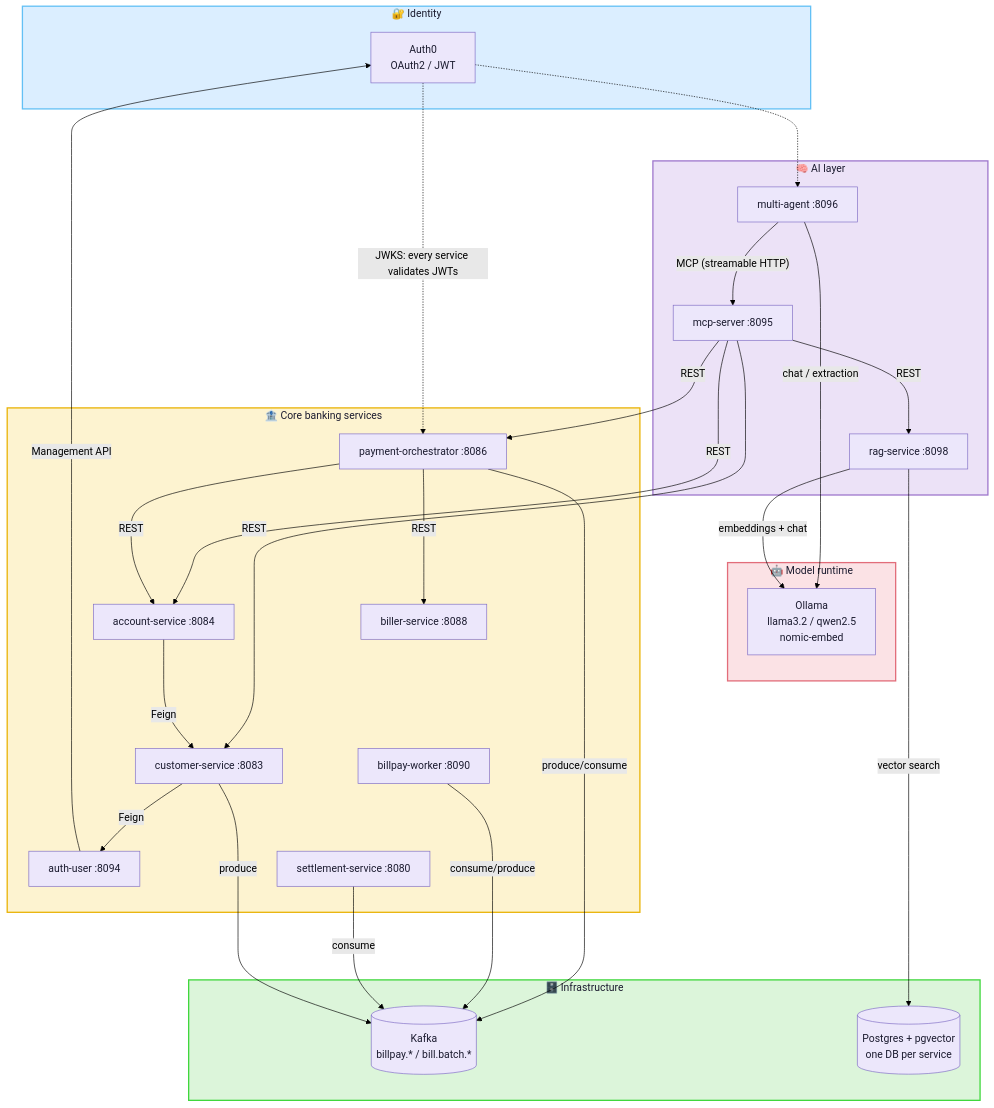
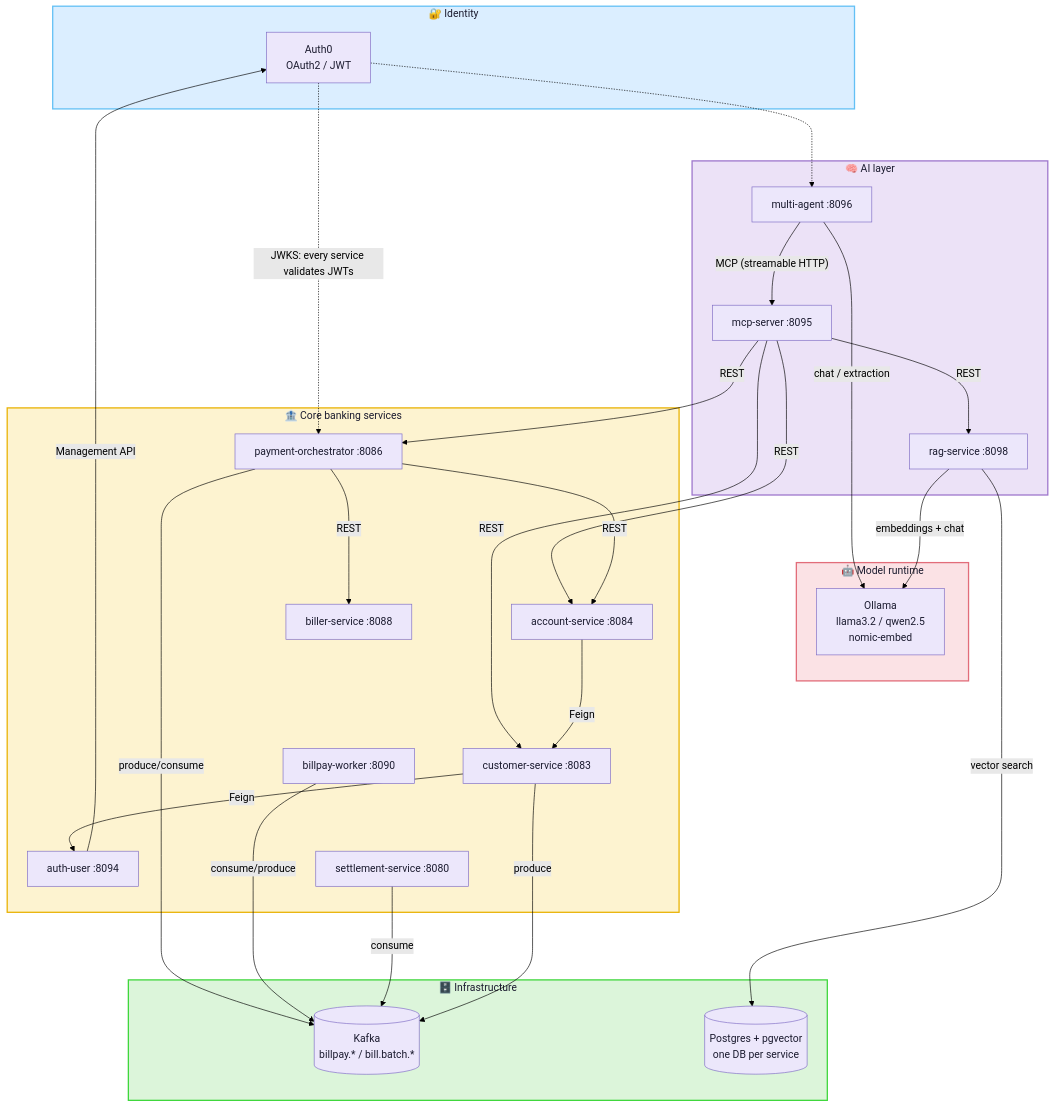
The diagram in README.md (jclin0311/BankStackAI), drawn with Mermaid (forest theme) before and after one commit.

````diff
--- a/README.md
+++ b/README.md
@@ -17,69 +17,72 @@
 ```mermaid
 %%{init: {"flowchart": {"rankSpacing": 80, "nodeSpacing": 42, "curve": "basis"}}}%%
 flowchart TD
     subgraph Edge["🔐 Identity"]
         AUTH0["Auth0<br/>OAuth2 / JWT"]
     end
 
     subgraph AI["🧠 AI layer"]
         AGENT["multi-agent :8096"]
         MCP["mcp-server :8095"]
         RAG["rag-service :8098"]
     end
 
     subgraph Models["🤖 Model runtime"]
         OLLAMA["Ollama<br/>llama3.2 / qwen2.5<br/>nomic-embed"]
     end
 
     subgraph Core["🏦 Core banking services"]
         PAY["payment-orchestrator :8086"]
         ACCT["account-service :8084"]
         BILLER["biller-service :8088"]
         CUST["customer-service :8083"]
         AUTHU["auth-user :8094"]
         WORKER["billpay-worker :8090"]
         SETTLE["settlement-service :8080"]
     end
 
     subgraph Infra["🗄️ Infrastructure"]
         KAFKA[("Kafka<br/>billpay.* / bill.batch.*")]
         PG[("Postgres + pgvector<br/>one DB per service")]
     end
 
     AGENT -->|"MCP (streamable HTTP)"| MCP
     AGENT -->|"chat / extraction"| OLLAMA
     MCP -->|REST| RAG
     RAG -->|"embeddings + chat"| OLLAMA
     RAG -->|"vector search"| PG
+    CUST ~~~ PG
+    %% ^ invisible link: pulls Postgres left so the Infrastructure box
+    %%   sits centred at the bottom instead of hugging the right edge
 
     MCP -->|REST| PAY
     MCP -->|REST| ACCT
     MCP -->|REST| CUST
 
     PAY -->|REST| BILLER
     PAY -->|REST| ACCT
     ACCT -->|Feign| CUST
     CUST -->|Feign| AUTHU
     AUTHU -->|"Management API"| AUTH0
     AUTH0 -.->|"JWKS: every service validates JWTs"| PAY
     AUTH0 -.-> AGENT
 
     %% invisible links: fold the leaf services into a second column
     %% so the diagram grows downwards instead of sideways
     BILLER ~~~ WORKER
     WORKER ~~~ SETTLE
 
     PAY -->|"produce/consume"| KAFKA
     WORKER -->|"consume/produce"| KAFKA
     SETTLE -->|consume| KAFKA
     CUST -->|produce| KAFKA
 
     classDef box fill:#ece7fb,stroke:#7e6bc4,stroke-width:1px,color:#1b1b2f
     class AGENT,MCP,RAG,OLLAMA,AUTH0,PAY,ACCT,BILLER,CUST,AUTHU,WORKER,SETTLE,KAFKA,PG box
 
     style Edge fill:#dbeeff,stroke:#63c0f5,stroke-width:2px,color:#1b1b2f
     style AI fill:#ece2f7,stroke:#9f77cd,stroke-width:2px,color:#1b1b2f
     style Models fill:#fbe2e5,stroke:#e26d7a,stroke-width:2px,color:#1b1b2f
     style Core fill:#fdf3d0,stroke:#e9b306,stroke-width:2px,color:#1b1b2f
     style Infra fill:#dcf5da,stroke:#3fd73c,stroke-width:2px,color:#1b1b2f
 ```
````
